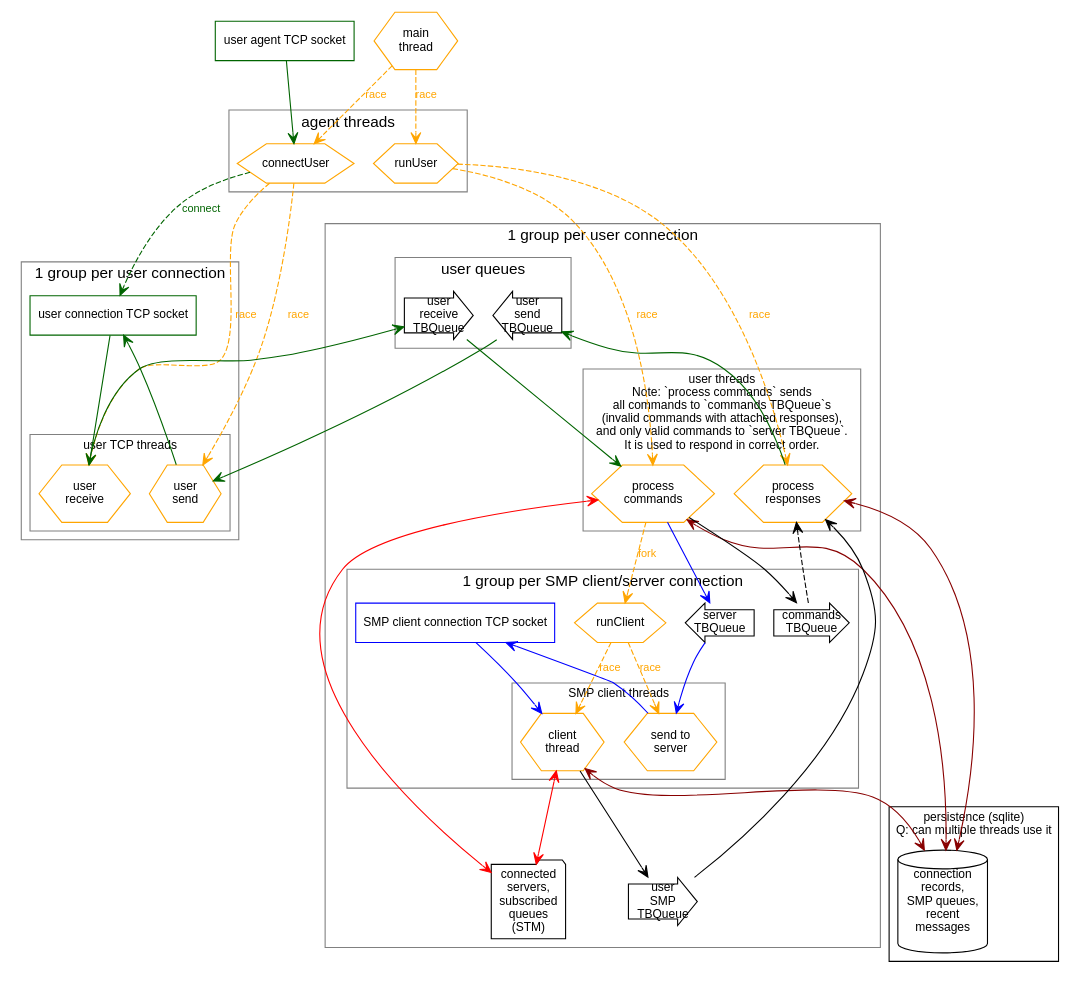
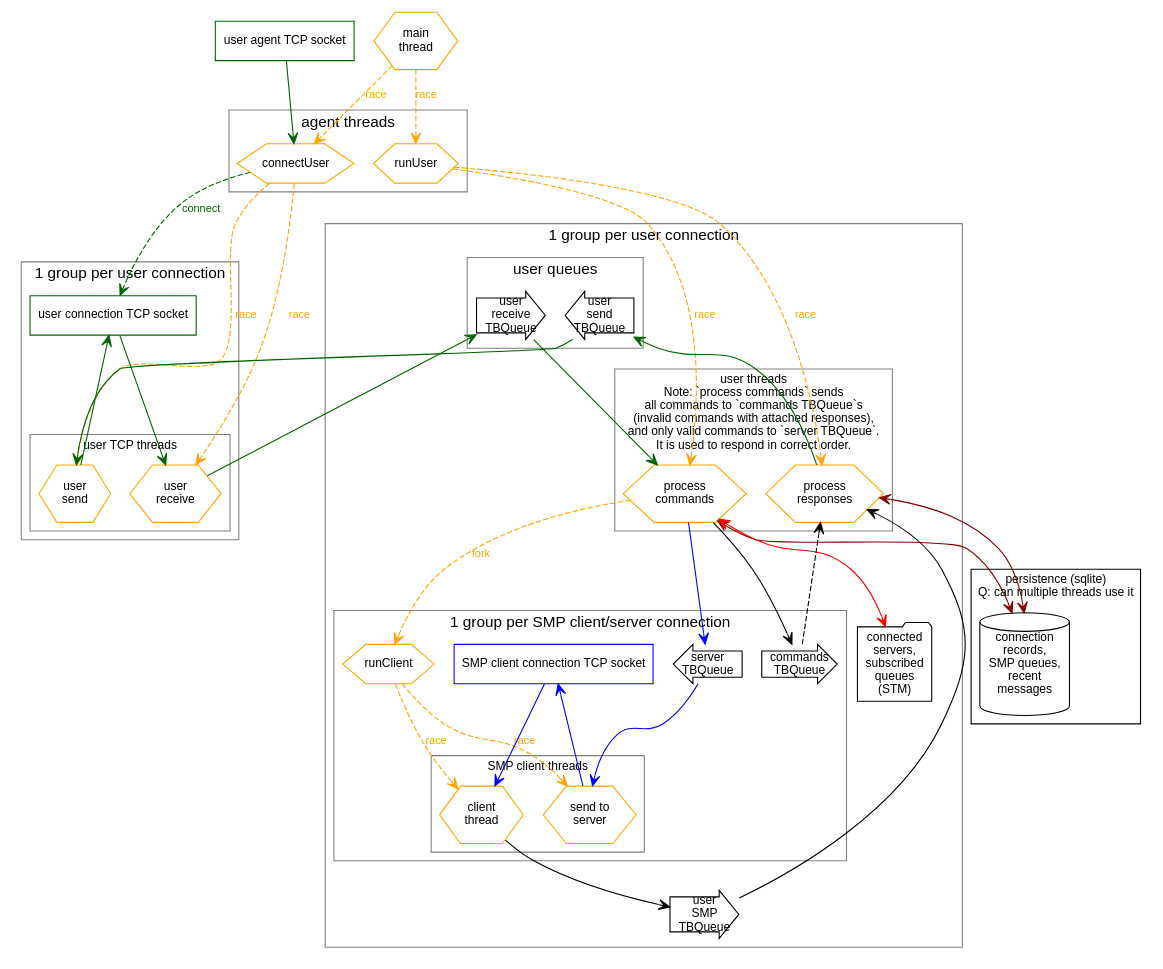
Before and after one commit to simplex-chat/simplexmq: the diagram in design/agent2.gv, drawn with Graphviz.

Commit message:
diagram: remove access to persistence from server thread

```diff
--- a/design/agent2.gv
+++ b/design/agent2.gv
@@ -1,102 +1,101 @@
 digraph SMPAgent {
   graph [fontname=arial]
   node [fontname=arial fontsize=11 shape=box]
   edge [fontname=arial fontsize=10 arrowhead=open arrowtail=open]
 
   main [shape=hexagon color=orange label="main\nthread"]
   aSock [label="user agent TCP socket" color=darkgreen]
 
   subgraph clusterPersistence {
     graph [fontsize=11]
     label="persistence (sqlite)\nQ: can multiple threads use it"
     connectionsStore [shape=cylinder label="connection\nrecords,\nSMP queues,\nrecent\nmessages"]
   }
 
   subgraph clusterAgent {
     graph [color=gray]
     node [shape=hexagon color=orange]
     label="agent threads" 
     connectUser
     runUser
   }
 
   main -> {runUser connectUser} [style=dashed label="race" color=orange fontcolor=orange]
   aSock -> connectUser [color=darkgreen]
 
   subgraph clusterUserTCP {
     graph [color=gray]
     label="1 group per user connection"
     uSock [label="user connection TCP socket" color=darkgreen]
 
     subgraph clusterUserTCPThreads {
       graph [fontsize=11 color=gray]
       label="user TCP threads"
       node [shape=hexagon, color=orange]
       uRcv [label="user\nreceive"]
       uSnd [label="user\nsend"]
     }
 
     uSock -> uRcv [color=darkgreen]
     uSnd -> uSock [color=darkgreen]
   }
 
   subgraph clusterUser {
     graph [color=gray]
     label="1 group per user connection"
 
     subgraph clusterUserInterface {
       label="user queues"
       uInq [shape=rarrow label="user\nreceive\nTBQueue"]
       uOutq [shape=larrow label="user\nsend\nTBQueue"]
     }
 
     subgraph clusterUserThreads {
       graph [fontsize=11 color=gray]
       label="user threads\nNote: `process commands` sends\nall commands to `commands TBQueue`s\n(invalid commands with attached responses),\nand only valid commands to `server TBQueue`.\nIt is used to respond in correct order."
       node [shape=hexagon, color=orange]
       uAgent [label="process\ncommands"]
       uProcess [label="process\nresponses"]
     }
 
     uRcv -> uInq -> uAgent [color=darkgreen]
     uProcess -> uOutq -> uSnd [color=darkgreen]
 
     subgraph clusterClient {
       graph [color=gray]
       label="1 group per SMP client/server connection"
       runClient [shape=hexagon, color=orange]
       sOutq [shape=larrow label="server\nTBQueue"]
       sCmdq [shape=rarrow label="commands\nTBQueue"]
       sSock [label="SMP client connection TCP socket" color=blue]
 
       subgraph clusterServerThreads {
         graph [fontsize=11 color=gray]
         label="SMP client threads"
         node [shape=hexagon, color=orange]
         sAgent [label="client\nthread"]
         sSnd [label="send to\nserver"]
       }
 
       runClient -> {sAgent sSnd} [style=dashed label=race color=orange fontcolor=orange]
       sSock -> sAgent [color=blue]
       uAgent -> sOutq -> sSnd -> sSock [color=blue]
     }
 
-    {uAgent sAgent} -> userState [dir=both color=red]
-    {uAgent sAgent uProcess} -> connectionsStore [dir=both color="#880000"]
+    uAgent -> userState [dir=both color=red]
+    {uAgent uProcess} -> connectionsStore [dir=both color="#880000"]
 
     connectUser -> uSock [style=dashed label="connect" color=darkgreen fontcolor=darkgreen]
     connectUser -> {uRcv uSnd} [style=dashed label="race" color=orange fontcolor=orange]
     runUser -> {uAgent uProcess} [style=dashed label="race" color=orange fontcolor=orange]
 
     userState [label="connected\nservers,\nsubscribed\nqueues\n(STM)" shape="folder"]
     uRespq [shape=rarrow label="user\nSMP\nTBQueue"]
 
     uAgent -> sCmdq
     sCmdq -> uProcess [style=dashed]
     sAgent -> uRespq -> uProcess
 
     uAgent -> runClient [style=dashed label="fork" color=orange fontcolor=orange]
   }
-
 }
```
